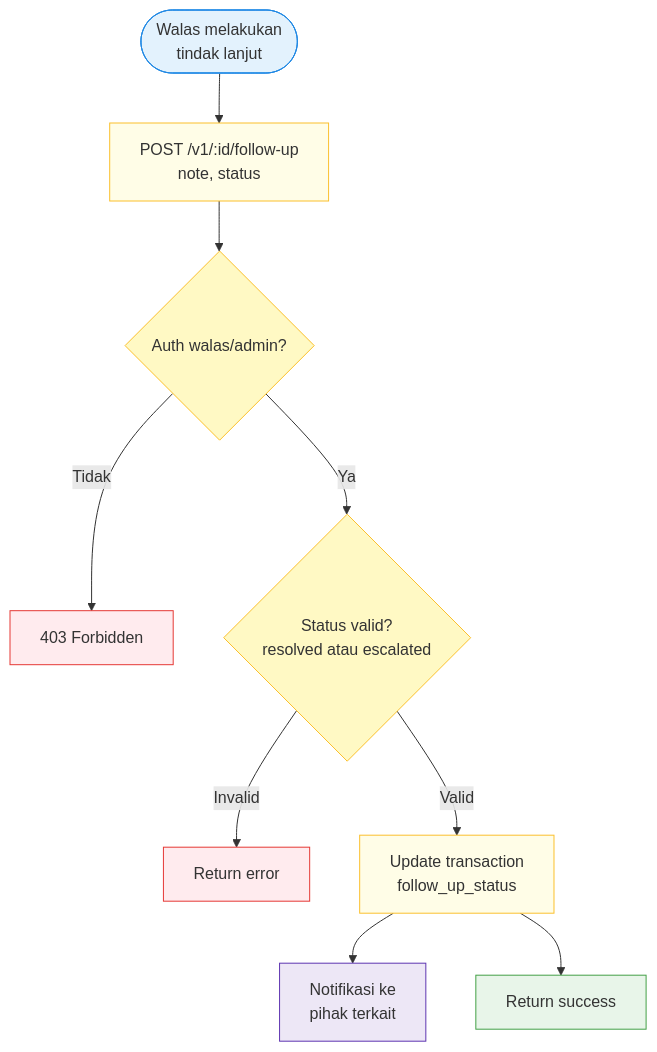
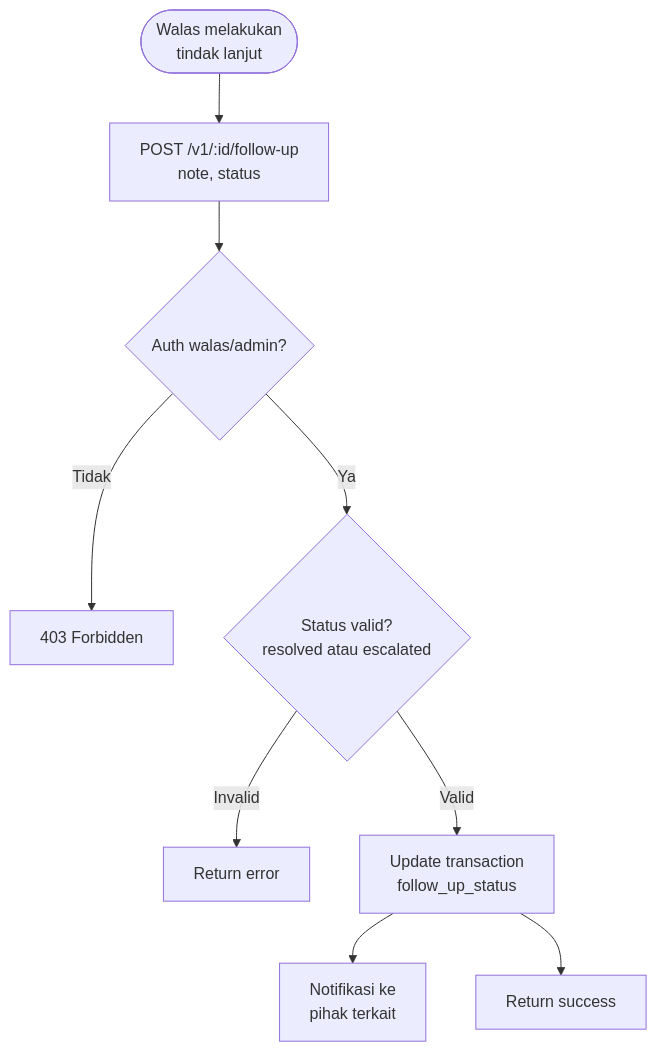
One commit to codespacedev4/Documentation-Sipresi changed the fifth of 6 diagrams in README.md. Above: the diagram before and after it, drawn with Mermaid. The commit also changed other lines of this file, not shown here.

````diff
--- a/README.md
+++ b/README.md
@@ -175,22 +161,11 @@
 ```mermaid
 flowchart TD
     Start([Walas melakukan\ntindak lanjut]) --> Input[POST /v1/:id/follow-up\nnote, status]
     Input --> Auth{Auth walas/admin?}
     Auth -->|Tidak| Deny[403 Forbidden]
     Auth -->|Ya| Validate{Status valid?\nresolved atau escalated}
     Validate -->|Invalid| Error[Return error]
     Validate -->|Valid| Update[Update transaction\nfollow_up_status]
     Update --> Notify[Notifikasi ke\npihak terkait]
     Update --> Response[Return success]
-
-    %% Coloring
-    style Start fill:#e3f2fd,stroke:#1e88e5
-    style Input fill:#fffde7,stroke:#fbc02d
-    style Auth fill:#fff9c4,stroke:#fbc02d
-    style Validate fill:#fff9c4,stroke:#fbc02d
-    style Update fill:#fffde7,stroke:#fbc02d
-    style Notify fill:#ede7f6,stroke:#5e35b1
-    style Response fill:#e8f5e9,stroke:#43a047
-    style Deny fill:#ffebee,stroke:#e53935
-    style Error fill:#ffebee,stroke:#e53935
 ```
````
